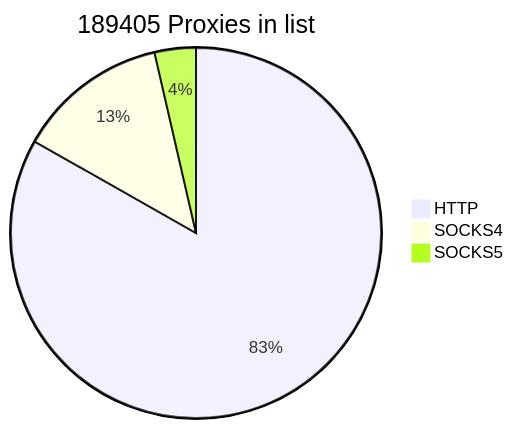
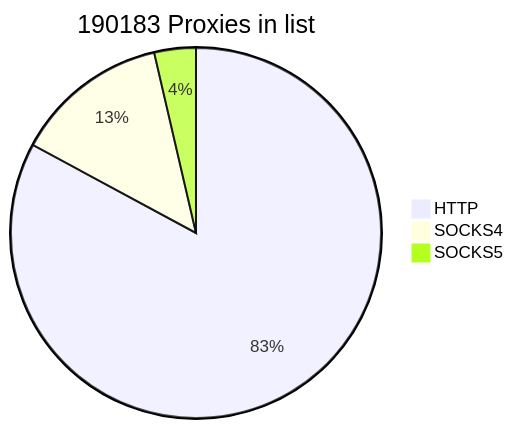
The first of 2 diagrams in README.md (cutipu/proxylist), drawn with Mermaid before and after one commit. The commit also changed other lines of this file, not shown here.

````diff
--- a/README.md
+++ b/README.md
@@ -2,7 +2,7 @@
 ```mermaid
-pie title 189405 Proxies in list
-    "HTTP" : 157598
-    "SOCKS4" : 24989
-    "SOCKS5" : 6818
+pie title 190183 Proxies in list
+    "HTTP" : 157620
+    "SOCKS4" : 25662
+    "SOCKS5" : 6901
             
 ```
````
